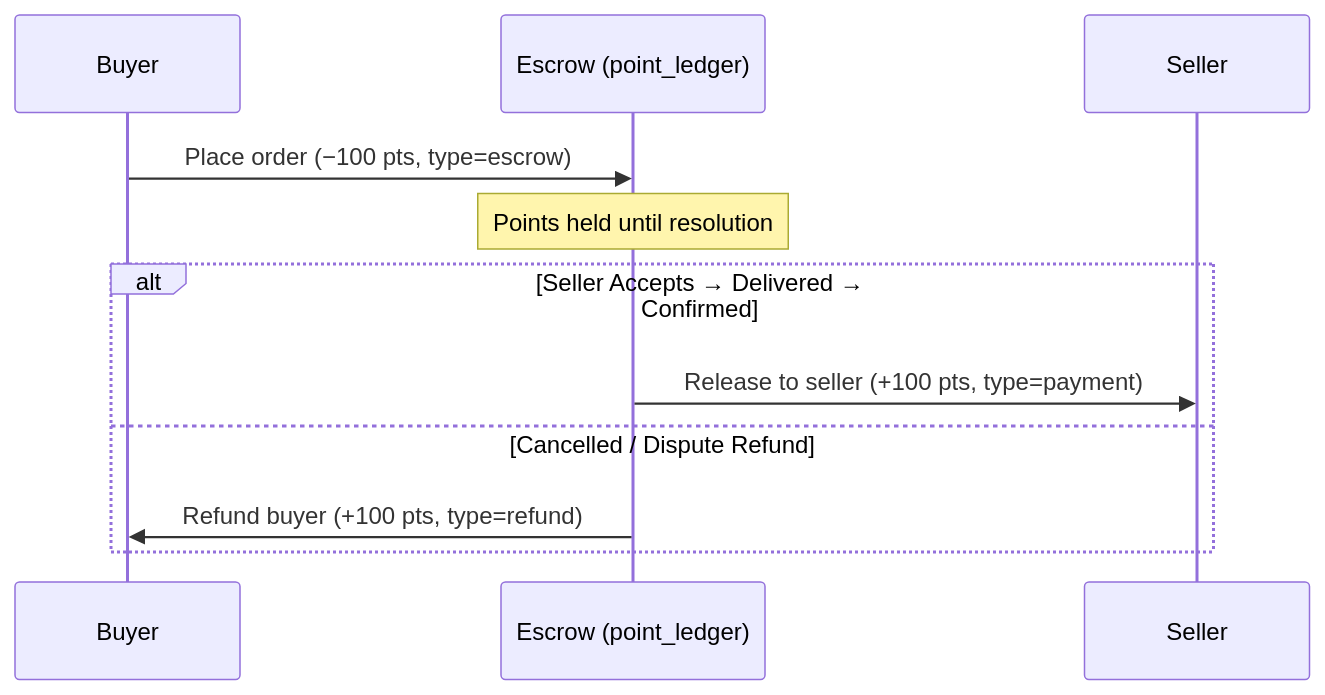
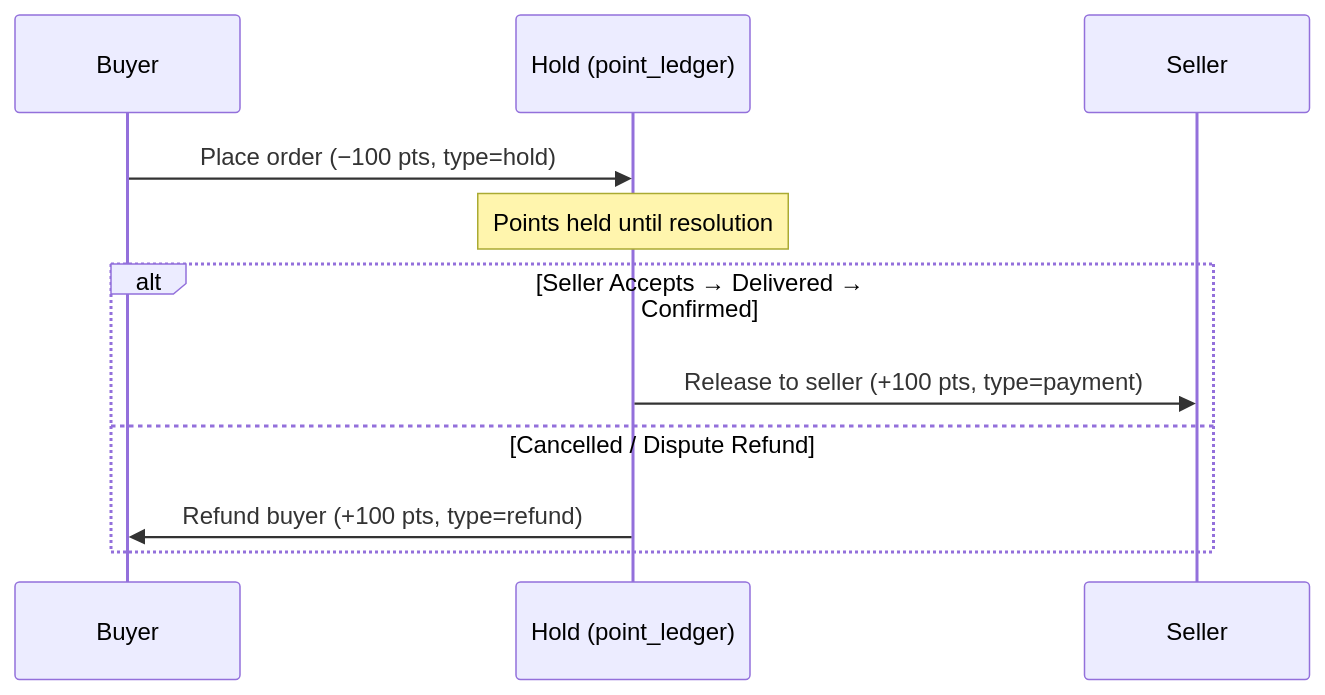
The fourth of 4 diagrams in docs/order_lifecycle.md (rahulkhona/casagrown3), drawn with Mermaid before and after one commit. The commit also changed other lines of this file and 109 other files, not shown here.

````diff
--- a/docs/order_lifecycle.md
+++ b/docs/order_lifecycle.md
@@ -206,15 +206,15 @@
 ```mermaid
 sequenceDiagram
     participant B as Buyer
-    participant E as Escrow (point_ledger)
+    participant E as Hold (point_ledger)
     participant S as Seller
 
-    B->>E: Place order (−100 pts, type=escrow)
+    B->>E: Place order (−100 pts, type=hold)
     Note over E: Points held until resolution
 
     alt Seller Accepts → Delivered → Confirmed
         E->>S: Release to seller (+100 pts, type=payment)
     else Cancelled / Dispute Refund
         E->>B: Refund buyer (+100 pts, type=refund)
     end
 ```
````
